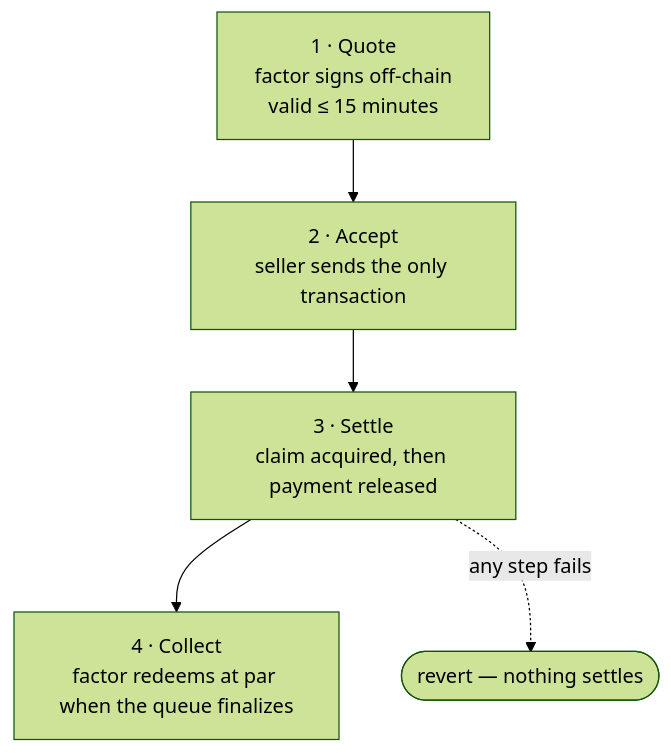
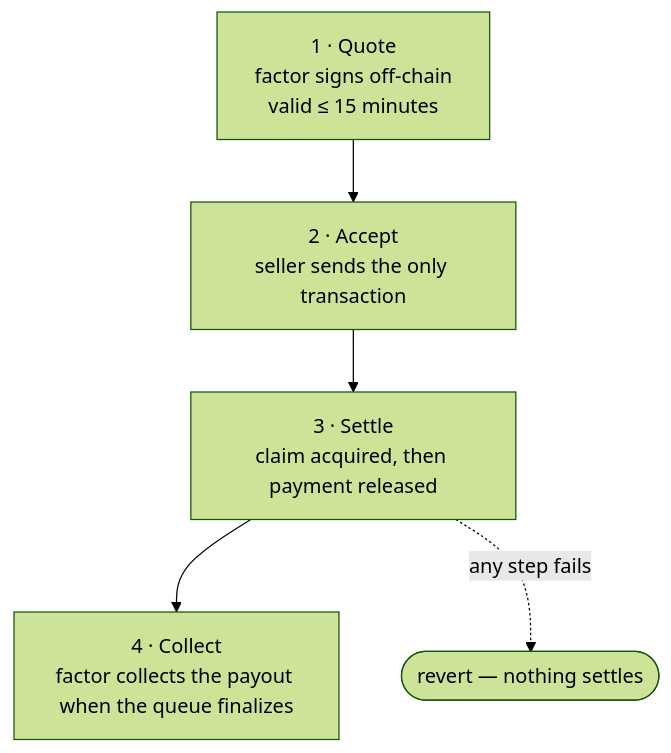
Before and after one commit to zkoranges/intentional: the first of 2 diagrams in docs-site/how-it-works.md, drawn with Mermaid (forest theme). The commit also changed other lines of this file and 3 other files, not shown here.

````diff
--- a/docs-site/how-it-works.md
+++ b/docs-site/how-it-works.md
@@ -5,10 +5,10 @@
 ```mermaid
 flowchart TB
     Q["1 · Quote<br/>factor signs off-chain<br/>valid ≤ 15 minutes"]
     A["2 · Accept<br/>seller sends the only transaction"]
     S["3 · Settle<br/>claim acquired, then payment released"]
-    C["4 · Collect<br/>factor redeems at par when the queue finalizes"]
+    C["4 · Collect<br/>factor collects the payout when the queue finalizes"]
 
     Q --> A --> S --> C
     S -.->|"any step fails"| R(["revert — nothing settles"])
 ```
````
